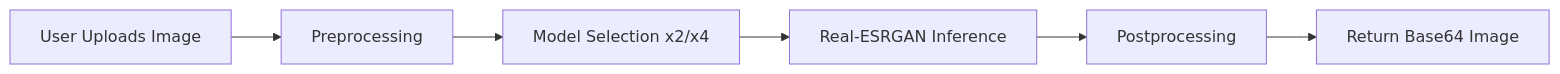
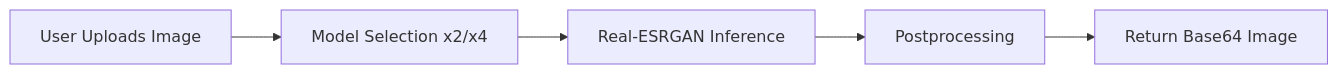
Before and after one commit to pojesh/GIE-Backend-Fast: the first of 2 diagrams in README.md, drawn with Mermaid.

Commit message:
docs: simplify README.md flowchart by removing redundant step
The preprocessing step in the flowchart was redundant as it was implicitly handled in the model selection. Removing it improves clarity and reduces unnecessary complexity in the documentation.

````diff
--- a/README.md
+++ b/README.md
@@ -19,8 +19,7 @@
 ```mermaid
 flowchart LR
-    A[User Uploads Image] --> B[Preprocessing]
-    B --> C[Model Selection x2/x4]
-    C --> D[Real-ESRGAN Inference]
-    D --> E[Postprocessing]
-    E --> F[Return Base64 Image]
+    A[User Uploads Image] --> B[Model Selection x2/x4]
+    B --> C[Real-ESRGAN Inference]
+    C --> D[Postprocessing]
+    D --> E[Return Base64 Image]
 ```
````
